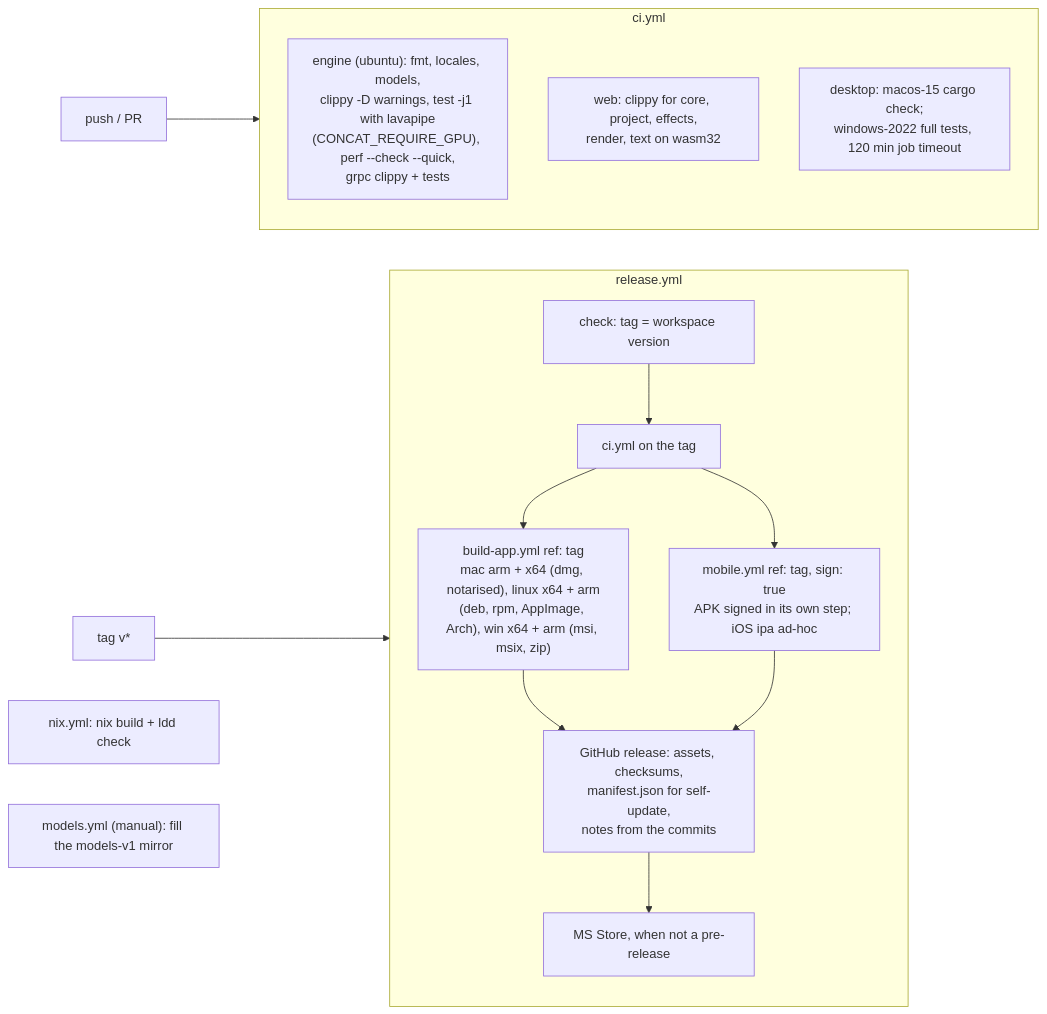
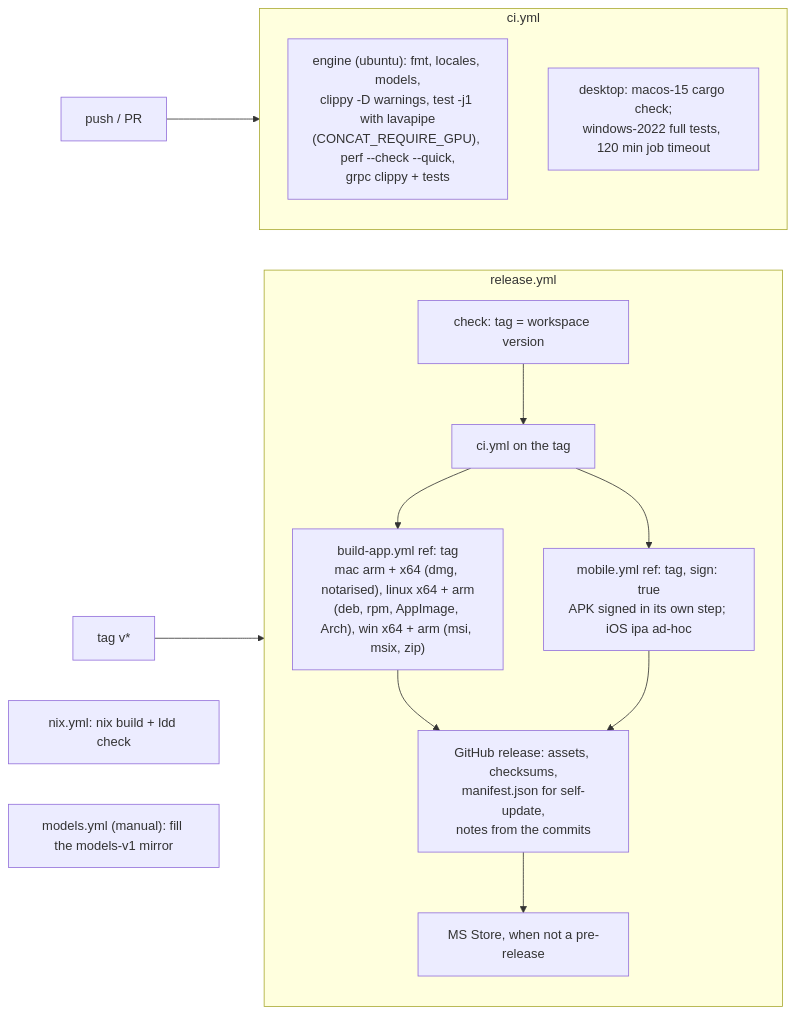
Diagram 12 of 12 in ARCHITECTURE.md (jub0t/Concat), drawn with Mermaid before and after one commit. The commit also changed other lines of this file and 4 other files, not shown here.

````diff
--- a/ARCHITECTURE.md
+++ b/ARCHITECTURE.md
@@ -542,22 +538,21 @@
 ```mermaid
 flowchart LR
     push["push / PR"] --> ci
     subgraph ci["ci.yml"]
         engine["engine (ubuntu): fmt, locales, models,<br/>clippy -D warnings, test -j1 with lavapipe<br/>(CONCAT_REQUIRE_GPU), perf --check --quick,<br/>grpc clippy + tests"]
-        web["web: clippy for core, project, effects,<br/>render, text on wasm32"]
         desktop["desktop: macos-15 cargo check;<br/>windows-2022 full tests, 120 min job timeout"]
     end
     tag["tag v*"] --> rel
     subgraph rel["release.yml"]
         check["check: tag = workspace version"]
         gate["ci.yml on the tag"]
         build["build-app.yml ref: tag<br/>mac arm + x64 (dmg, notarised), linux x64 + arm<br/>(deb, rpm, AppImage, Arch), win x64 + arm (msi, msix, zip)"]
         phones["mobile.yml ref: tag, sign: true<br/>APK signed in its own step; iOS ipa ad-hoc"]
         publish["GitHub release: assets, checksums,<br/>manifest.json for self-update,<br/>notes from the commits"]
         store["MS Store, when not a pre-release"]
         check --> gate --> build --> publish --> store
         gate --> phones --> publish
     end
     nix["nix.yml: nix build + ldd check"]
     models["models.yml (manual): fill the models-v1 mirror"]
 ```
````
